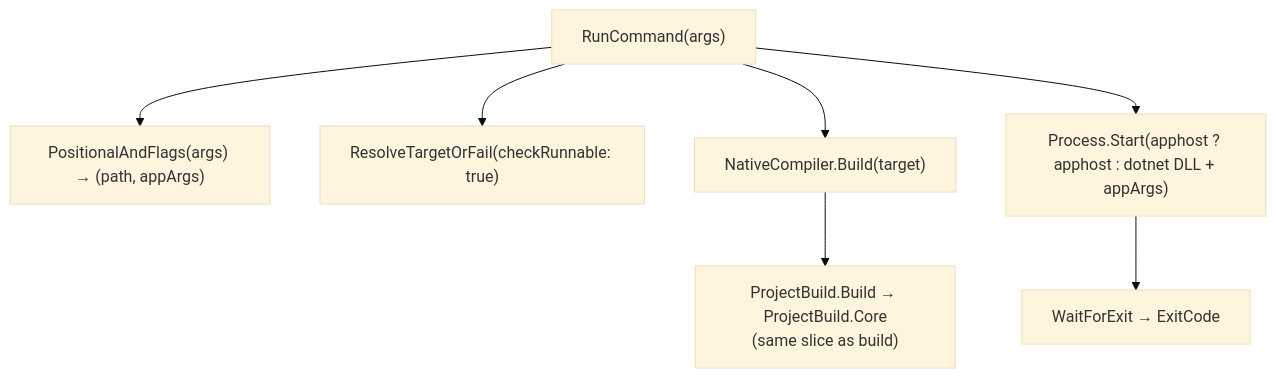
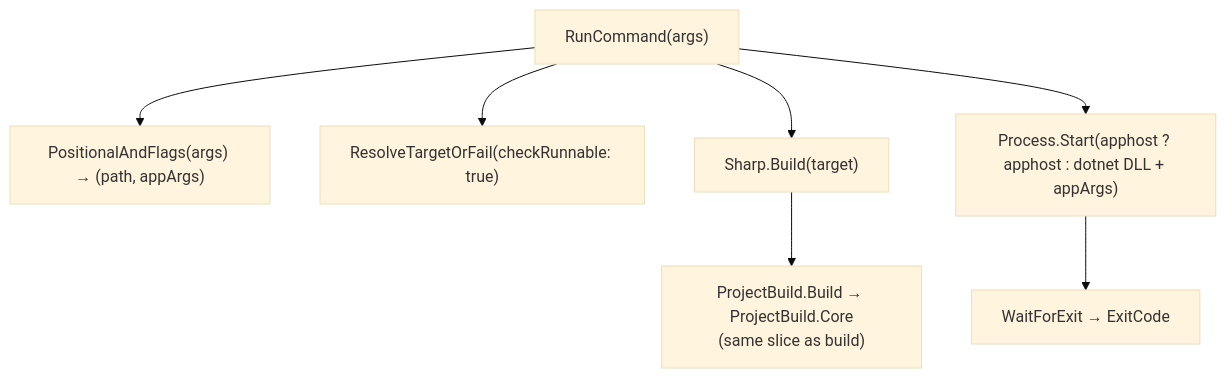
The third of 6 diagrams in docs/compiler-architecture-1.2.md (martasp/sharp), drawn with Mermaid (base theme) before and after one commit. The commit also changed other lines of this file and 194 other files, not shown here.

First line of the commit message:
Rename NativeCompiler to sharp (#7)

````diff
--- a/docs/compiler-architecture-1.2.md
+++ b/docs/compiler-architecture-1.2.md
@@ -261,9 +261,9 @@
 ```mermaid
 flowchart TB
     A["RunCommand(args)"] --> B["PositionalAndFlags(args) → (path, appArgs)"]
     A --> C["ResolveTargetOrFail(checkRunnable: true)"]
-    A --> D["NativeCompiler.Build(target)"]
+    A --> D["Sharp.Build(target)"]
     D --> D1["ProjectBuild.Build → ProjectBuild.Core<br/>(same slice as build)"]
     A --> E["Process.Start(apphost ? apphost : dotnet DLL + appArgs)"]
     E --> E1["WaitForExit → ExitCode"]
 ```
````
